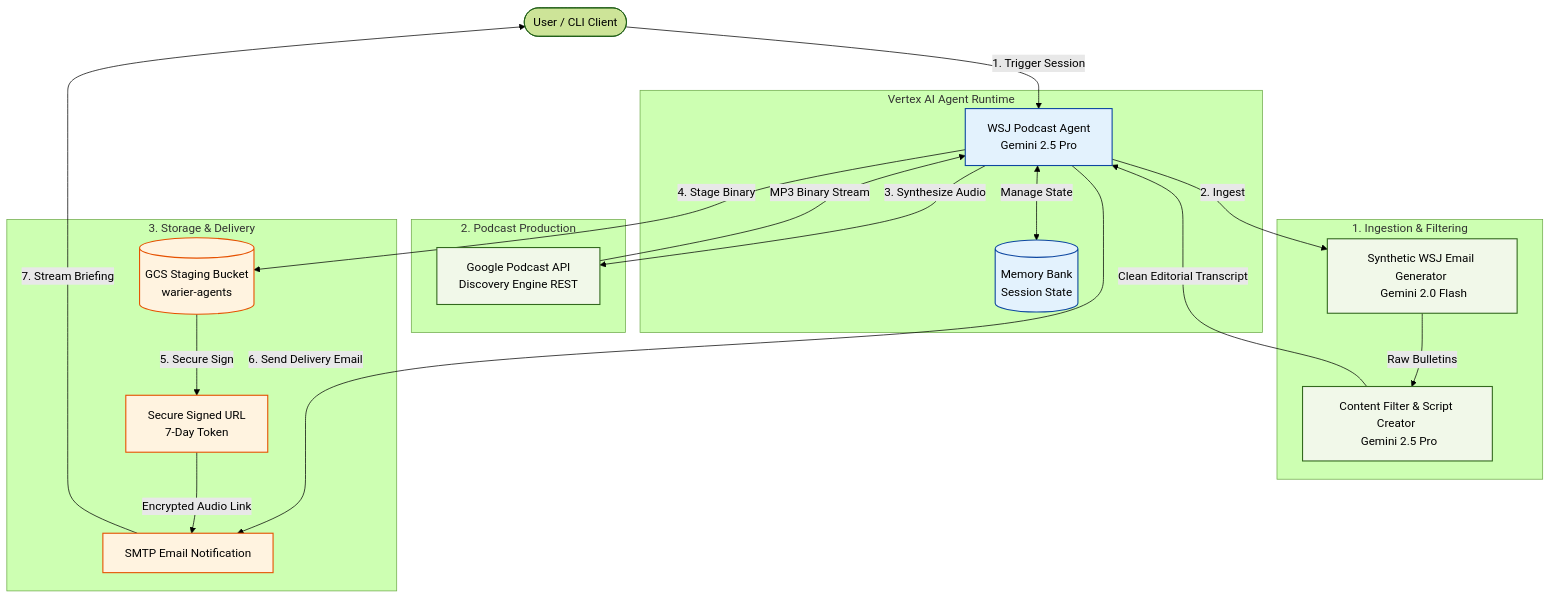
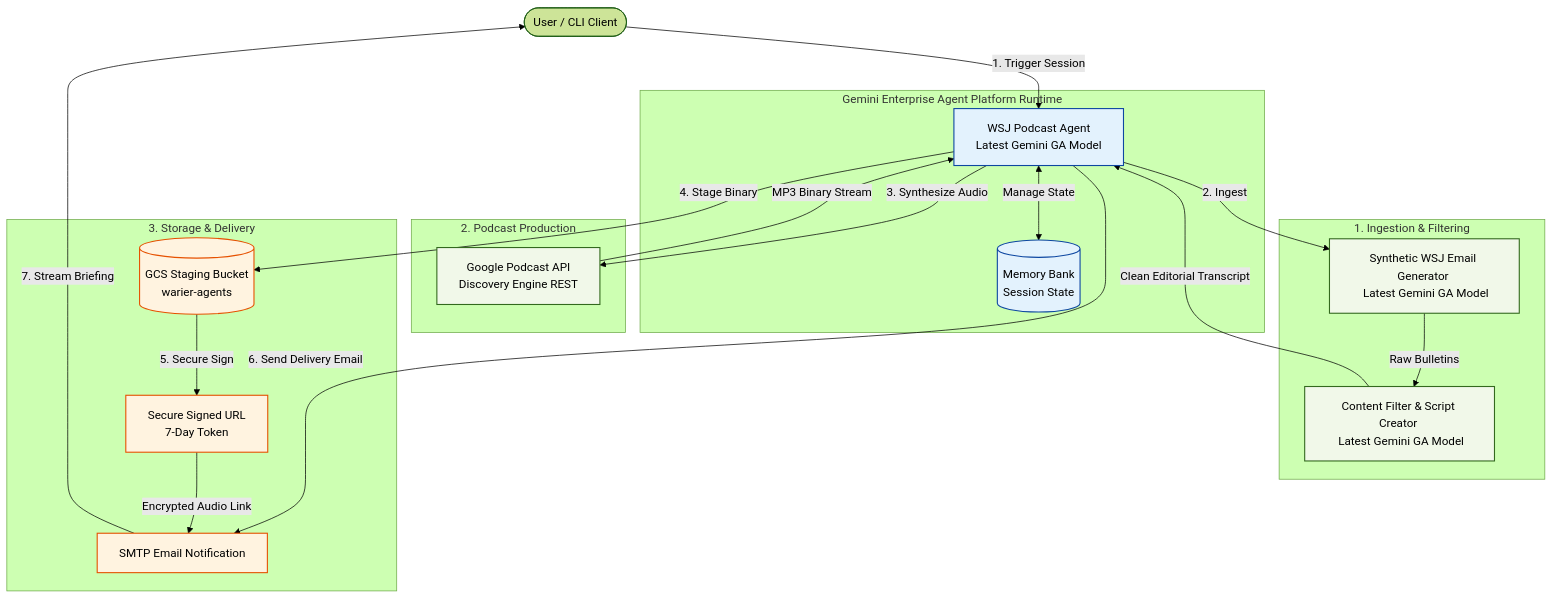
The diagram in README.md (anjaliwarier/wsj-podcast-demo), drawn with Mermaid (forest theme) before and after one commit. The commit also changed other lines of this file, not shown here.

Commit message:
Docs: Rebrand all platform references to Gemini Enterprise Agent Platform and refer to latest Gemini GA models

````diff
--- a/README.md
+++ b/README.md
@@ -13,52 +13,52 @@
 ```mermaid
 flowchart TB
     %% Classes & Styles
     classDef agent fill:#e3f2fd,stroke:#0d47a1,stroke-width:1.5px;
     classDef service fill:#f1f8e9,stroke:#33691e,stroke-width:1.5px;
     classDef storage fill:#fff3e0,stroke:#e65100,stroke-width:1.5px;
 
     %% Node Definitions
     User([User / CLI Client])
     
-    subgraph Runtime [Vertex AI Agent Runtime]
-        Agent[WSJ Podcast Agent <br> Gemini 2.5 Pro]
+    subgraph Runtime [Gemini Enterprise Agent Platform Runtime]
+        Agent[WSJ Podcast Agent <br> Latest Gemini GA Model]
         Memory[(Memory Bank <br> Session State)]
     end
 
     subgraph Ingestion [1. Ingestion & Filtering]
-        EmailService[Synthetic WSJ Email Generator <br> Gemini 2.0 Flash]
-        Extractor[Content Filter & Script Creator <br> Gemini 2.5 Pro]
+        EmailService[Synthetic WSJ Email Generator <br> Latest Gemini GA Model]
+        Extractor[Content Filter & Script Creator <br> Latest Gemini GA Model]
     end
 
     subgraph AudioGen [2. Podcast Production]
         PodcastAPI[Google Podcast API <br> Discovery Engine REST]
     end
 
     subgraph Distribution [3. Storage & Delivery]
         GCS[(GCS Staging Bucket <br> warier-agents)]
         SignedURL[Secure Signed URL <br> 7-Day Token]
         SMTP[SMTP Email Notification]
     end
 
     %% Relationships & Flow
     User -->|1. Trigger Session| Agent
     Agent <-->|Manage State| Memory
     
     Agent -->|2. Ingest| EmailService
     EmailService -->|Raw Bulletins| Extractor
     Extractor -->|Clean Editorial Transcript| Agent
     
     Agent -->|3. Synthesize Audio| PodcastAPI
     PodcastAPI -->|MP3 Binary Stream| Agent
     
     Agent -->|4. Stage Binary| GCS
     GCS -->|5. Secure Sign| SignedURL
     Agent -->|6. Send Delivery Email| SMTP
     SignedURL -->|Encrypted Audio Link| SMTP
     SMTP -->|7. Stream Briefing| User
 
     %% Apply Styling Classes
     class Agent,Memory agent;
     class EmailService,Extractor,PodcastAPI service;
     class GCS,SignedURL,SMTP storage;
 ```
````
